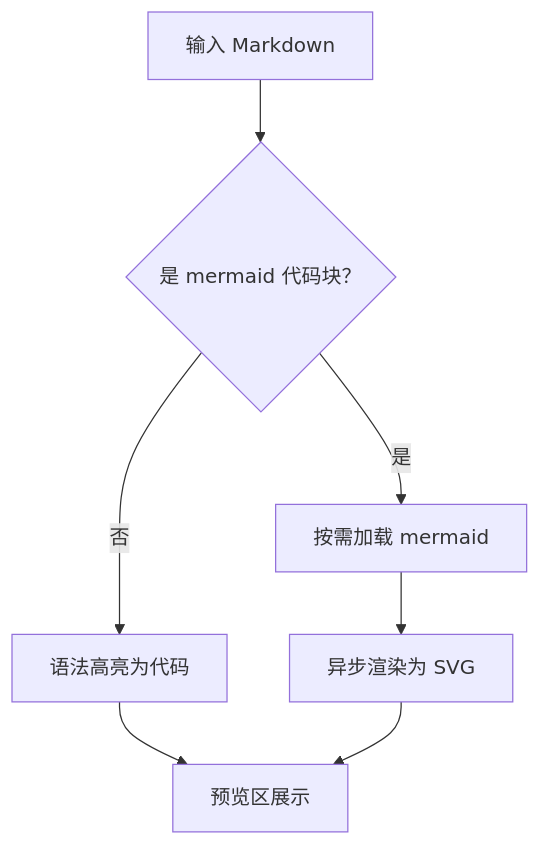
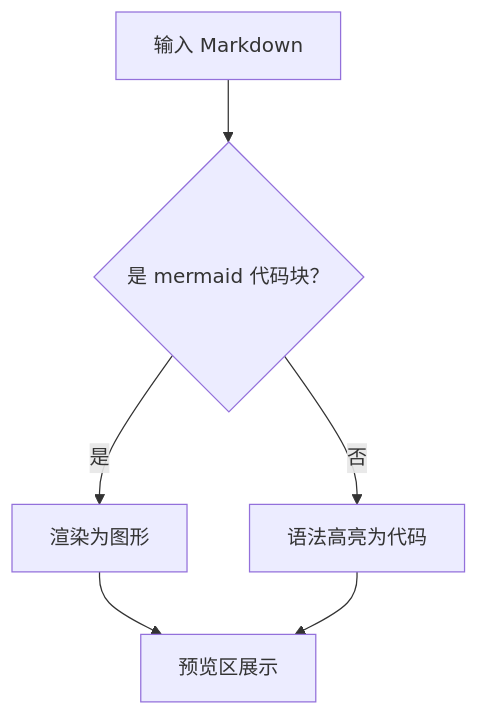
The diagram in README.md (acheding/markview), drawn with Mermaid before and after one commit. The commit also changed other lines of this file, not shown here.

````diff
--- a/README.md
+++ b/README.md
@@ -283,9 +158,8 @@
 ```mermaid
 flowchart TD
     A[输入 Markdown] --> B{是 mermaid 代码块？}
-    B -->|是| C[按需加载 mermaid]
+    B -->|是| C[渲染为图形]
     B -->|否| D[语法高亮为代码]
-    C --> E[异步渲染为 SVG]
-    D --> F[预览区展示]
-    E --> F
+    C --> E[预览区展示]
+    D --> E
 ```
````
